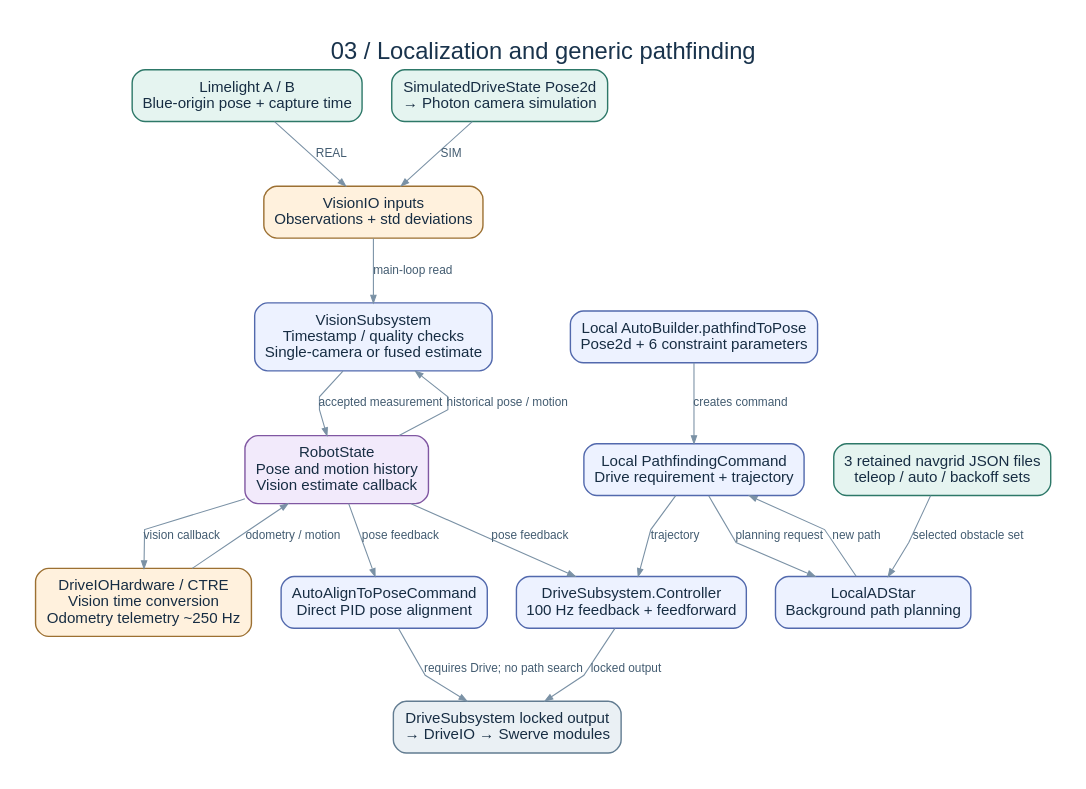
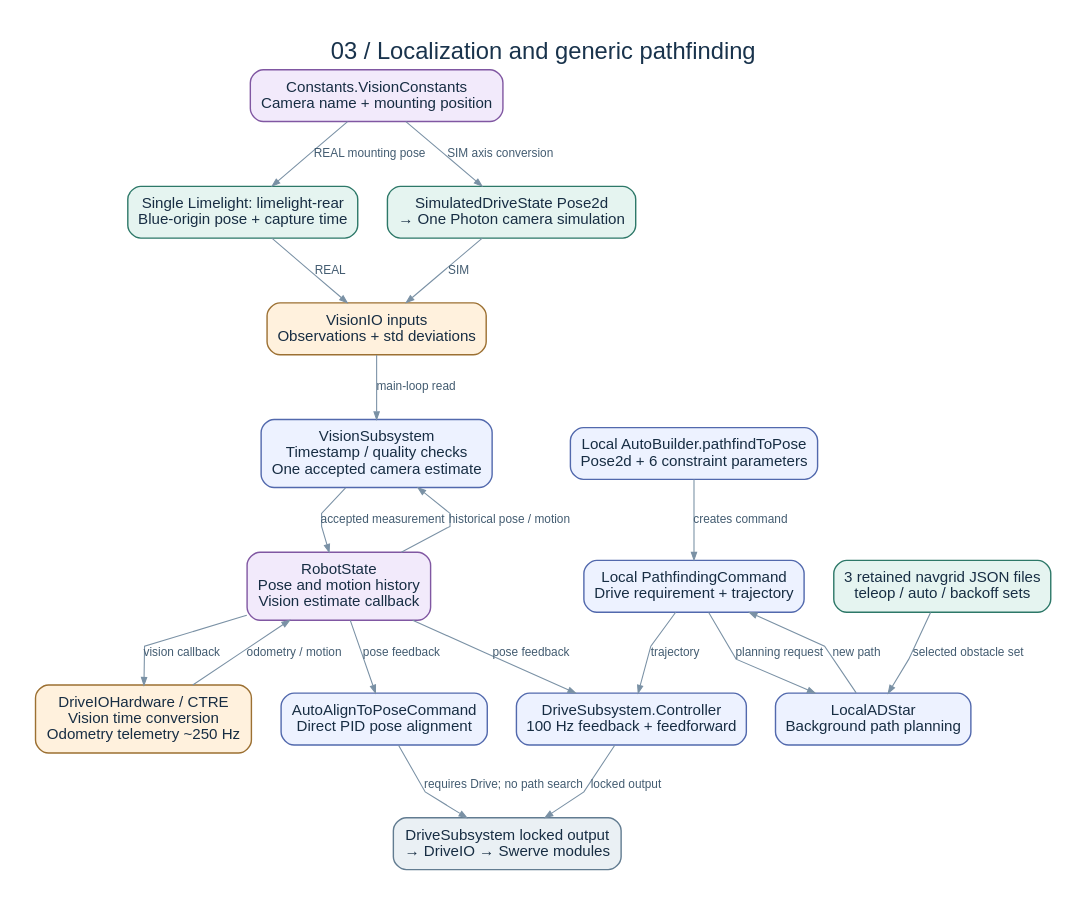
One commit to PepsiLee/FRC-2026-Systemcore-Public-main changed the diagram in docs/drive-vision/diagrams/03-localization-and-paths.dot. Above: the diagram before and after it, drawn with Graphviz. The commit also changed 33 other files, not shown here.

First line of the commit message:
Add single-camera AprilTag aiming and distance hold

```diff
--- a/docs/drive-vision/diagrams/03-localization-and-paths.dot
+++ b/docs/drive-vision/diagrams/03-localization-and-paths.dot
@@ -1,34 +1,37 @@
 digraph G {
 graph [rankdir=TB, bgcolor="white", pad=0.35, nodesep=0.38, ranksep=0.65, splines=polyline, fontname="Arial", fontsize=22, fontcolor="#19334c", label="03 / Localization and generic pathfinding", labelloc=t];
 node [shape=box, style="rounded,filled", fontname="Arial", fontsize=14, margin="0.16,0.12", penwidth=1.3, fontcolor="#172d43"];
 edge [fontname="Arial", fontsize=11, color="#7a91a5", fontcolor="#435c71", arrowsize=0.7];
-cameras [label="Limelight A / B\nBlue-origin pose + capture time", fillcolor="#e5f4f0", color="#2d7868"];
-sim [label="SimulatedDriveState Pose2d\n→ Photon camera simulation", fillcolor="#e5f4f0", color="#2d7868"];
+mount [label="Constants.VisionConstants\nCamera name + mounting position", fillcolor="#f2eafb", color="#8057a2"];
+cameras [label="Single Limelight: limelight-rear\nBlue-origin pose + capture time", fillcolor="#e5f4f0", color="#2d7868"];
+sim [label="SimulatedDriveState Pose2d\n→ One Photon camera simulation", fillcolor="#e5f4f0", color="#2d7868"];
 visionio [label="VisionIO inputs\nObservations + std deviations", fillcolor="#fff1dd", color="#9c7032"];
-vision [label="VisionSubsystem\nTimestamp / quality checks\nSingle-camera or fused estimate", fillcolor="#edf2ff", color="#5269ad"];
+vision [label="VisionSubsystem\nTimestamp / quality checks\nOne accepted camera estimate", fillcolor="#edf2ff", color="#5269ad"];
 state [label="RobotState\nPose and motion history\nVision estimate callback", fillcolor="#f2eafb", color="#8057a2"];
 ctre [label="DriveIOHardware / CTRE\nVision time conversion\nOdometry telemetry ~250 Hz", fillcolor="#fff1dd", color="#9c7032"];
 api [label="Local AutoBuilder.pathfindToPose\nPose2d + 6 constraint parameters", fillcolor="#edf2ff", color="#5269ad"];
 grid [label="3 retained navgrid JSON files\nteleop / auto / backoff sets", fillcolor="#e5f4f0", color="#2d7868"];
 planner [label="LocalADStar\nBackground path planning", fillcolor="#edf2ff", color="#5269ad"];
 command [label="Local PathfindingCommand\nDrive requirement + trajectory", fillcolor="#edf2ff", color="#5269ad"];
 controller [label="DriveSubsystem.Controller\n100 Hz feedback + feedforward", fillcolor="#edf2ff", color="#5269ad"];
 align [label="AutoAlignToPoseCommand\nDirect PID pose alignment", fillcolor="#edf2ff", color="#5269ad"];
 output [label="DriveSubsystem locked output\n→ DriveIO → Swerve modules", fillcolor="#eaf0f4", color="#627c91"];
+mount -> cameras [label="REAL mounting pose"];
+mount -> sim [label="SIM axis conversion"];
 cameras -> visionio [label="REAL"];
 sim -> visionio [label="SIM"];
 visionio -> vision [label="main-loop read"];
 state -> vision [label="historical pose / motion"];
 vision -> state [label="accepted measurement"];
 state -> ctre [label="vision callback"];
 ctre -> state [label="odometry / motion"];
 grid -> planner [label="selected obstacle set"];
 api -> command [label="creates command"];
 command -> planner [label="planning request"];
 planner -> command [label="new path"];
 command -> controller [label="trajectory"];
 state -> controller [label="pose feedback"];
 controller -> output [label="locked output"];
 state -> align [label="pose feedback"];
 align -> output [label="requires Drive; no path search"];
 }
```
